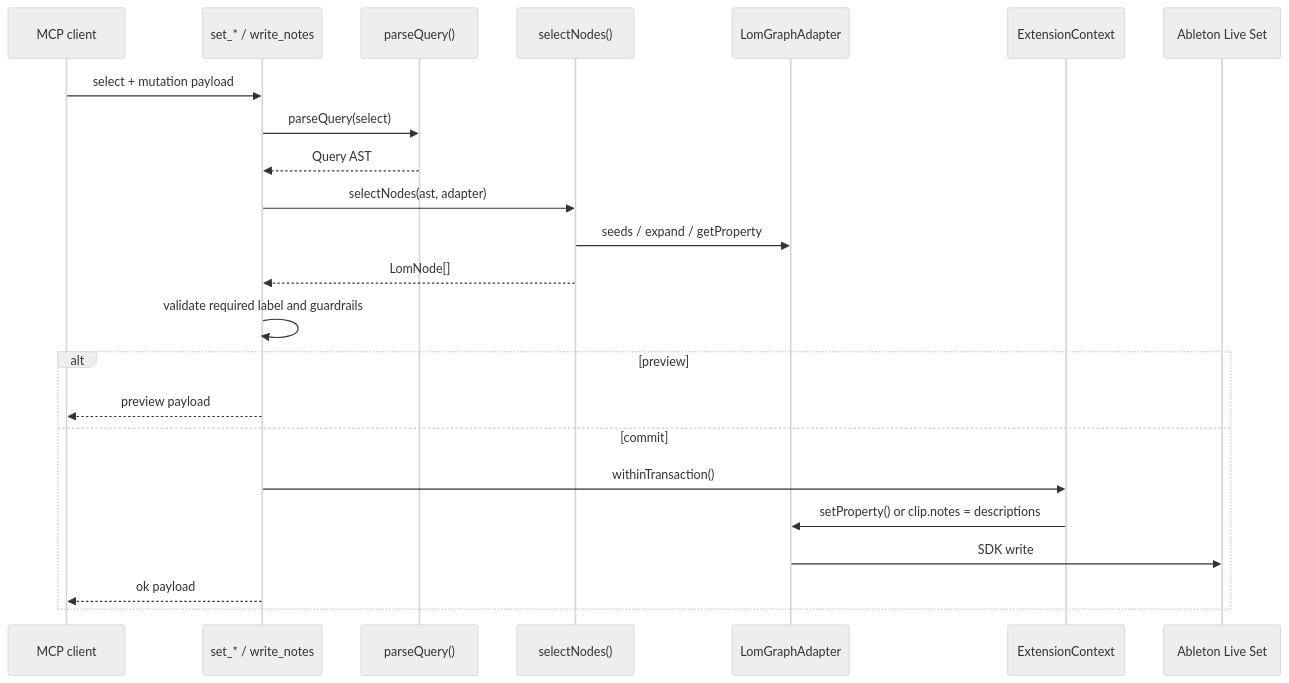
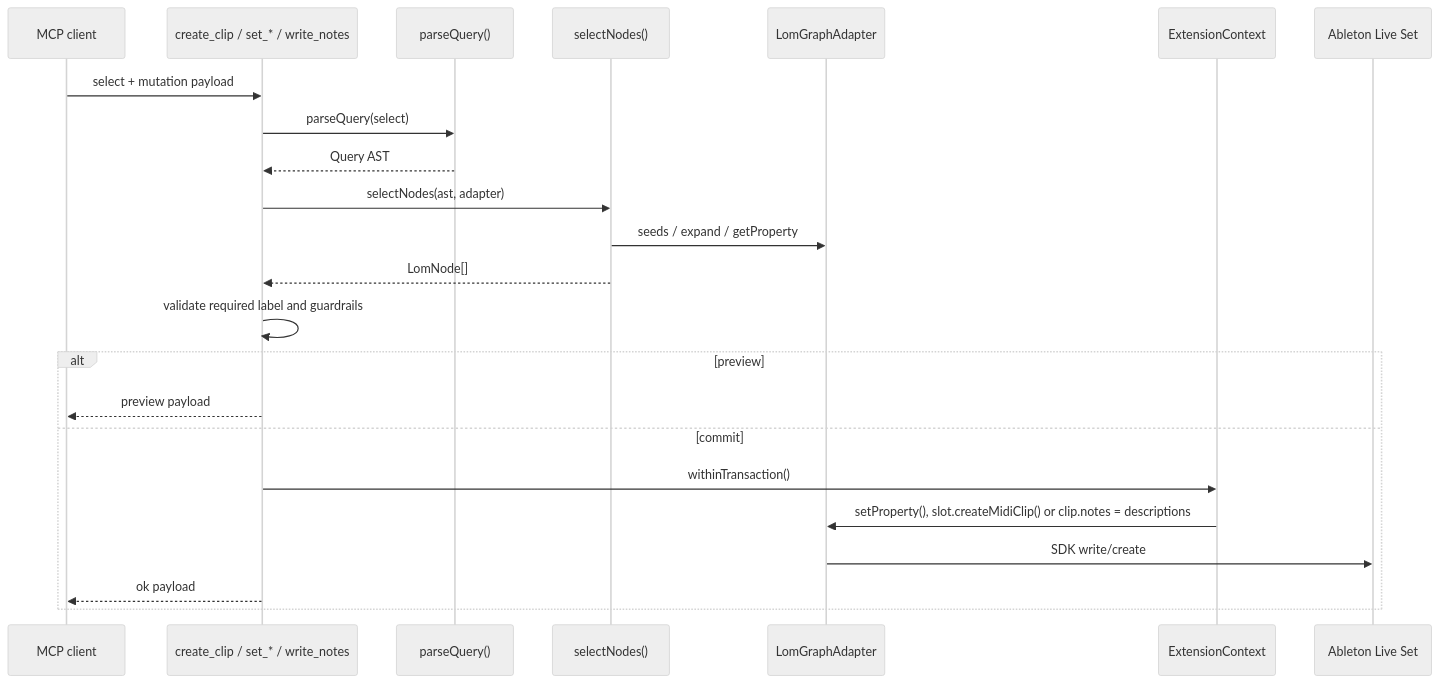
One commit to philtzjp/live-connector changed the fifth of 6 diagrams in llm/ARCHITECTURE.md. Above: the diagram before and after it, drawn with Mermaid (neutral theme). The commit also changed other lines of this file and 1 other file, not shown here.

Commit message:
docs(llm): create_clip モデルを追加する

````diff
--- a/llm/ARCHITECTURE.md
+++ b/llm/ARCHITECTURE.md
@@ -150,26 +151,26 @@
 ```mermaid
 sequenceDiagram
     participant client as MCP client
-    participant tool as set_* / write_notes
+    participant tool as create_clip / set_* / write_notes
     participant parser as parseQuery()
     participant selector as selectNodes()
     participant adapter as LomGraphAdapter
     participant context as ExtensionContext
     participant live as Ableton Live Set
 
     client->>tool: select + mutation payload
     tool->>parser: parseQuery(select)
     parser-->>tool: Query AST
     tool->>selector: selectNodes(ast, adapter)
     selector->>adapter: seeds / expand / getProperty
     selector-->>tool: LomNode[]
     tool->>tool: validate required label and guardrails
     alt preview
         tool-->>client: preview payload
     else commit
         tool->>context: withinTransaction()
-        context->>adapter: setProperty() or clip.notes = descriptions
-        adapter->>live: SDK write
+        context->>adapter: setProperty(), slot.createMidiClip() or clip.notes = descriptions
+        adapter->>live: SDK write/create
         tool-->>client: ok payload
     end
 ```
````
